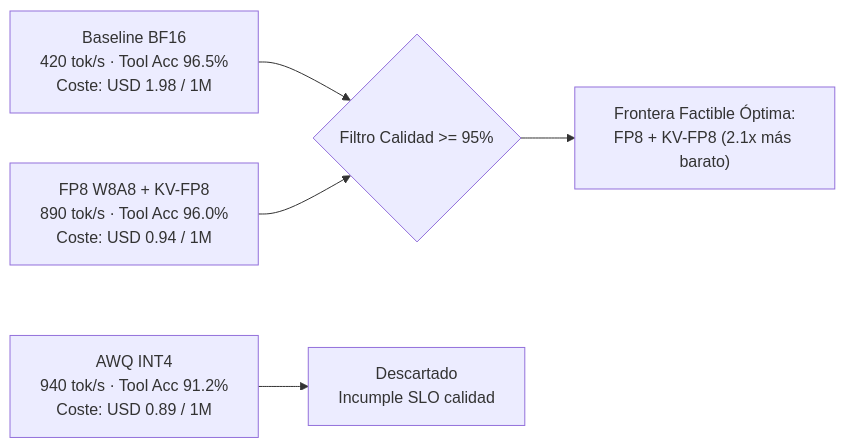
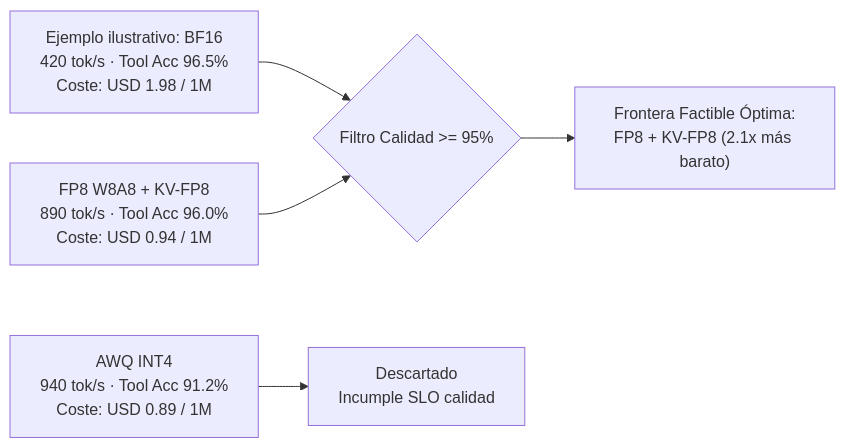
The diagram in docs/campus/curso1/b3-cuantizacion-pareto.md (TheUnixRoot/AI-infra-study), drawn with Mermaid before and after one commit. The commit also changed other lines of this file and 3 other files, not shown here.

````diff
--- a/docs/campus/curso1/b3-cuantizacion-pareto.md
+++ b/docs/campus/curso1/b3-cuantizacion-pareto.md
@@ -7,7 +9,7 @@
 ```mermaid
 flowchart LR
-    FP16["Baseline BF16\n420 tok/s · Tool Acc 96.5%\nCoste: USD 1.98 / 1M"] --> PARETO{"Filtro Calidad >= 95%"}
+    FP16["Ejemplo ilustrativo: BF16\n420 tok/s · Tool Acc 96.5%\nCoste: USD 1.98 / 1M"] --> PARETO{"Filtro Calidad >= 95%"}
     FP8["FP8 W8A8 + KV-FP8\n890 tok/s · Tool Acc 96.0%\nCoste: USD 0.94 / 1M"] --> PARETO
     AWQ["AWQ INT4\n940 tok/s · Tool Acc 91.2%\nCoste: USD 0.89 / 1M"] --> DROP["Descartado\nIncumple SLO calidad"]
     PARETO --> WIN["Frontera Factible Óptima:\nFP8 + KV-FP8 (2.1x más barato)"]
 ```
````
